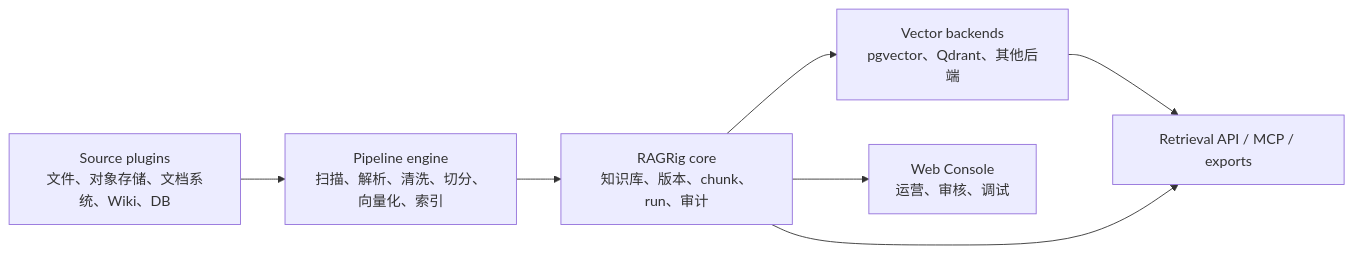
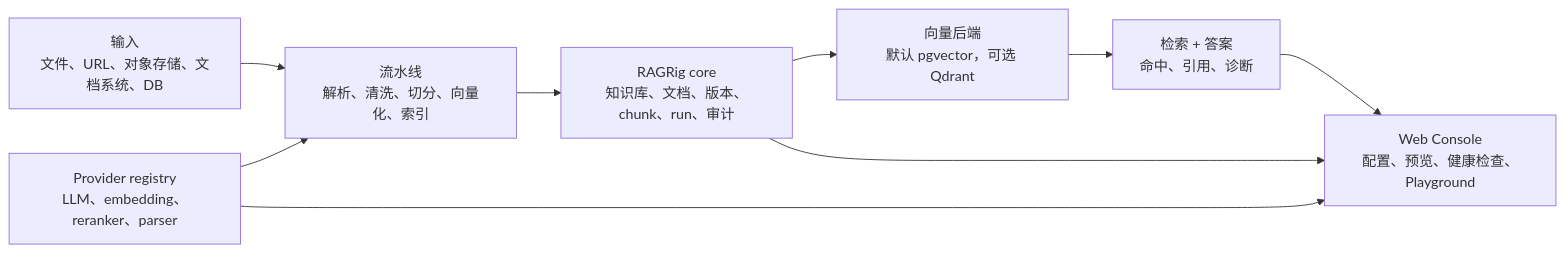
The diagram in README.zh-CN.md (evilgaoshu/ragrig), drawn with Mermaid before and after one commit. The commit also changed other lines of this file and 3 other files, not shown here.

````diff
--- a/README.zh-CN.md
+++ b/README.zh-CN.md
@@ -56,15 +36,19 @@
 ```mermaid
 flowchart LR
-    sources["Source plugins<br/>文件、对象存储、文档系统、Wiki、DB"]
-    pipeline["Pipeline engine<br/>扫描、解析、清洗、切分、向量化、索引"]
-    core["RAGRig core<br/>知识库、版本、chunk、run、审计"]
-    vectors["Vector backends<br/>pgvector、Qdrant、其他后端"]
-    console["Web Console<br/>运营、审核、调试"]
-    api["Retrieval API / MCP / exports"]
+    inputs["输入<br/>文件、URL、对象存储、文档系统、DB"]
+    pipeline["流水线<br/>解析、清洗、切分、向量化、索引"]
+    core["RAGRig core<br/>知识库、文档、版本、chunk、run、审计"]
+    providers["Provider registry<br/>LLM、embedding、reranker、parser"]
+    vectors["向量后端<br/>默认 pgvector，可选 Qdrant"]
+    console["Web Console<br/>配置、预览、健康检查、Playground"]
+    answer["检索 + 答案<br/>命中、引用、诊断"]
 
-    sources --> pipeline --> core
+    inputs --> pipeline
+    providers --> pipeline
+    pipeline --> core
     core --> vectors
+    vectors --> answer
     core --> console
-    vectors --> api
-    core --> api
+    providers --> console
+    answer --> console
 ```
````
